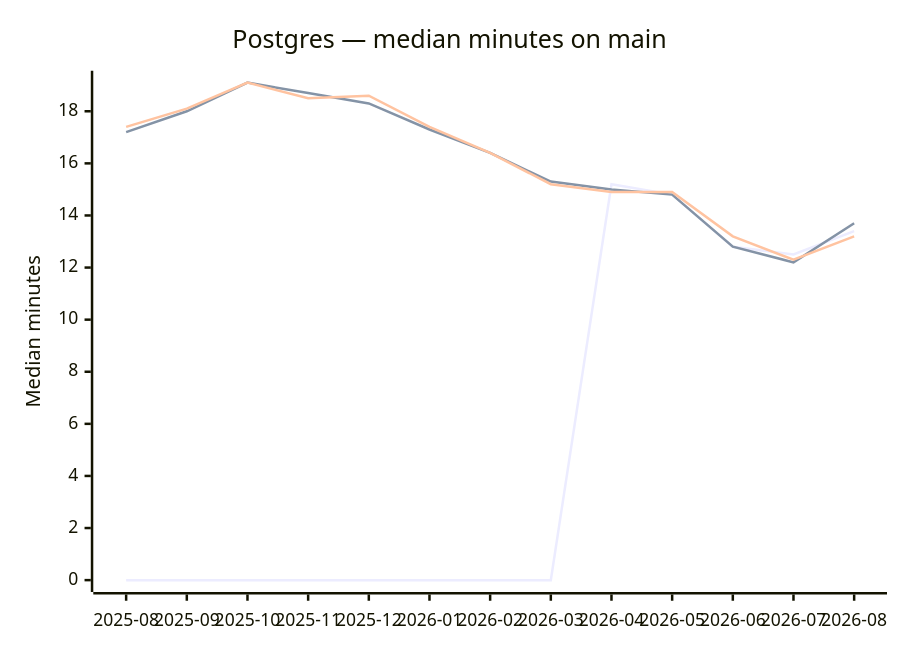
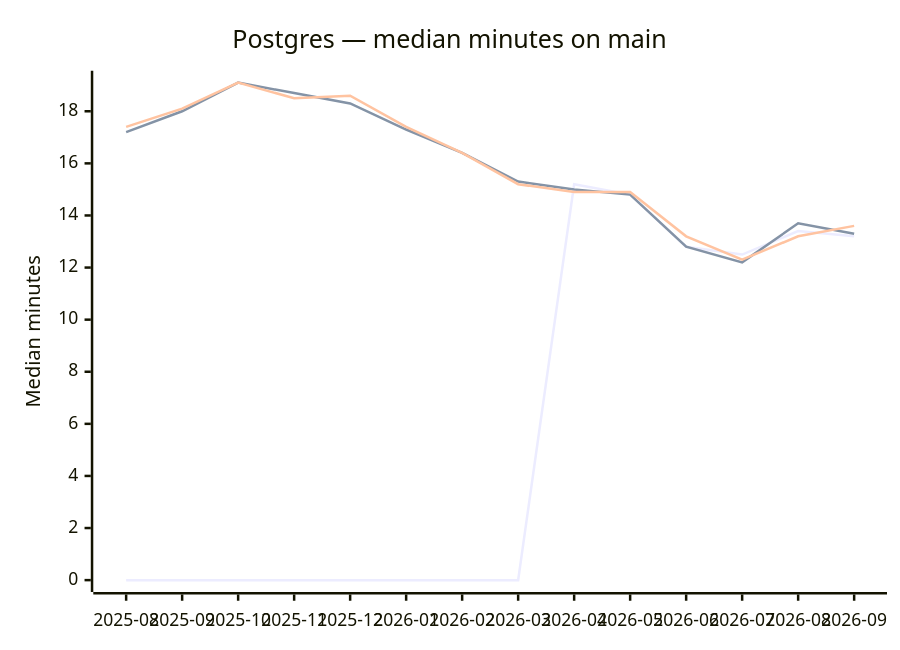
One commit to cloudfoundry/cloud_controller_ng changed the second of 2 diagrams in README.md. Above: the diagram before and after it, drawn with Mermaid. The commit also changed other lines of this file and 1 other file, not shown here.

````diff
--- a/README.md
+++ b/README.md
@@ -25,9 +25,9 @@
 ```mermaid
 xychart-beta
     title "Postgres — median minutes on main"
-    x-axis ["2025-08", "2025-09", "2025-10", "2025-11", "2025-12", "2026-01", "2026-02", "2026-03", "2026-04", "2026-05", "2026-06", "2026-07", "2026-08"]
+    x-axis ["2025-08", "2025-09", "2025-10", "2025-11", "2025-12", "2026-01", "2026-02", "2026-03", "2026-04", "2026-05", "2026-06", "2026-07", "2026-08", "2026-09"]
     y-axis "Median minutes"
-    line "postgres:14" [0, 0, 0, 0, 0, 0, 0, 0, 15.2, 14.8, 12.8, 12.5, 13.4]
-    line "postgres:15" [17.2, 18.0, 19.1, 18.7, 18.3, 17.3, 16.4, 15.3, 15.0, 14.8, 12.8, 12.2, 13.7]
-    line "postgres:17" [17.4, 18.1, 19.1, 18.5, 18.6, 17.4, 16.4, 15.2, 14.9, 14.9, 13.2, 12.3, 13.2]
+    line "postgres:14" [0, 0, 0, 0, 0, 0, 0, 0, 15.2, 14.8, 12.8, 12.5, 13.4, 13.2]
+    line "postgres:15" [17.2, 18.0, 19.1, 18.7, 18.3, 17.3, 16.4, 15.3, 15.0, 14.8, 12.8, 12.2, 13.7, 13.3]
+    line "postgres:17" [17.4, 18.1, 19.1, 18.5, 18.6, 17.4, 16.4, 15.2, 14.9, 14.9, 13.2, 12.3, 13.2, 13.6]
 ```
````
